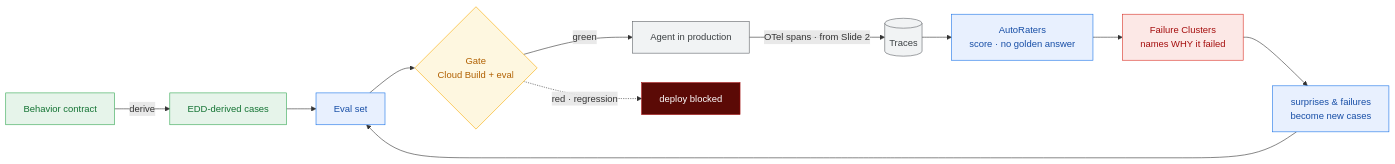
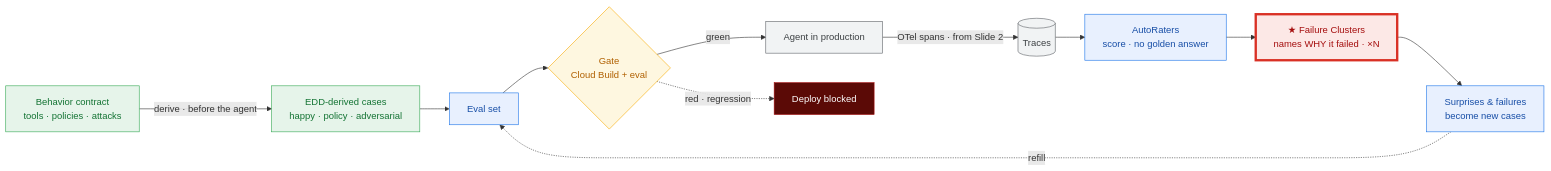
One commit to leiterenato/l400-managing-production-agents changed the fourth of 4 diagrams in docs/eval-agentes-fundamentos.md. Above: the diagram before and after it, drawn with Mermaid. The commit also changed other lines of this file, not shown here.

````diff
--- a/docs/eval-agentes-fundamentos.md
+++ b/docs/eval-agentes-fundamentos.md
@@ -1064,19 +1070,27 @@
 ```mermaid
 flowchart LR
-  C["Behavior contract"]:::seed -->|derive| D["EDD-derived cases"]:::seed
-  D --> ES["Eval set"]:::core
+  %% ---- seed arc (green): kills cold start ----
+  C["Behavior contract<br/>tools · policies · attacks"]:::seed
+  D["EDD-derived cases<br/>happy · policy · adversarial"]:::seed
+  ES["Eval set"]:::core
+  C -->|"derive · before the agent"| D --> ES
+
+  %% ---- gate: both branches ----
   ES --> GATE{"Gate<br/>Cloud Build + eval"}:::gate
   GATE -->|green| PROD["Agent in production"]:::prod
-  GATE -.->|"red · regression"| STOP["deploy blocked"]:::stop
+  GATE -.->|"red · regression"| STOP["Deploy blocked"]:::stop
+
+  %% ---- refill arc (production): kills rot ----
   PROD -->|"OTel spans · from Slide 2"| TR[("Traces")]:::prod
   TR --> AR["AutoRaters<br/>score · no golden answer"]:::core
-  AR --> FC["Failure Clusters<br/>names WHY it failed"]:::why
-  FC --> NEW["surprises & failures<br/>become new cases"]:::core
-  NEW --> ES
+  AR --> FC["★ Failure Clusters<br/>names WHY it failed · ×N"]:::why
+  FC --> NEW["Surprises & failures<br/>become new cases"]:::core
+  NEW -.->|refill| ES
+
   classDef seed fill:#E6F4EA,stroke:#34A853,color:#137333;
   classDef core fill:#E8F0FE,stroke:#1A73E8,color:#174EA6;
   classDef gate fill:#FEF7E0,stroke:#F9AB00,color:#B06000;
   classDef prod fill:#F1F3F4,stroke:#5F6368,color:#3C4043;
-  classDef why fill:#FCE8E6,stroke:#D93025,color:#A50E0E;
+  classDef why fill:#FCE8E6,stroke:#D93025,color:#A50E0E,stroke-width:4px;
   classDef stop fill:#5B0A06,stroke:#A50E0E,color:#FFFFFF;
 ```
````
